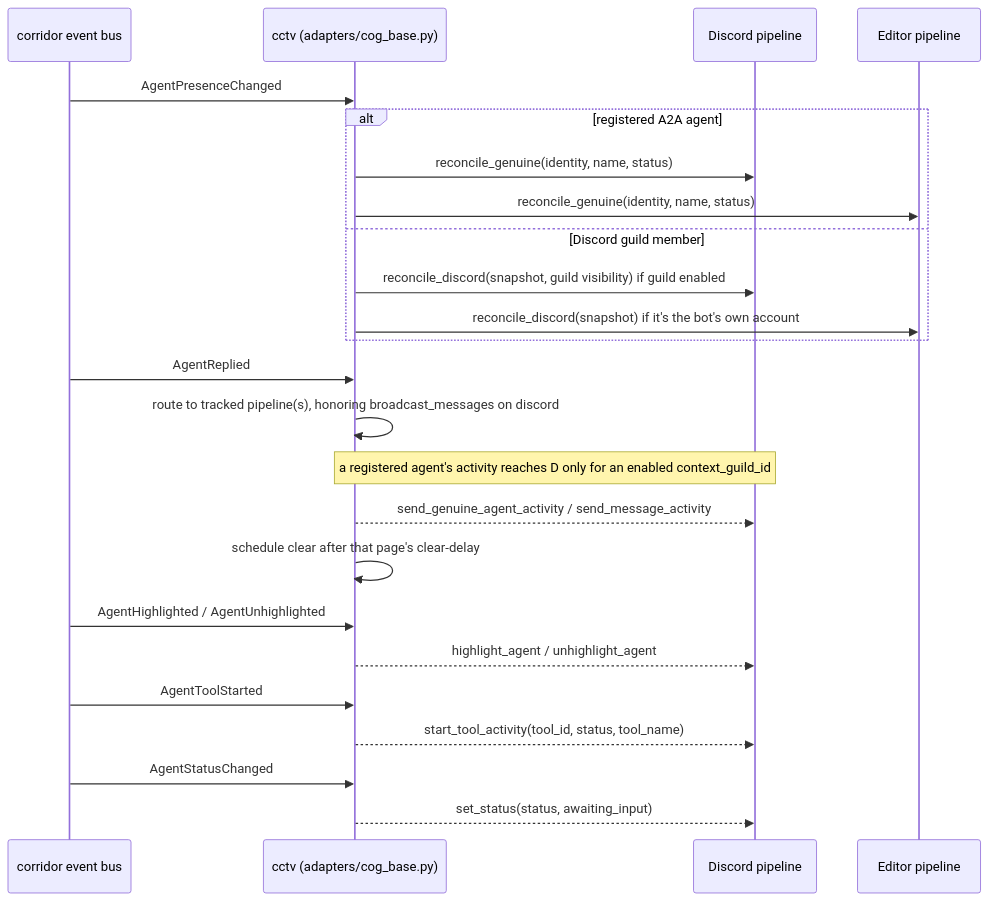
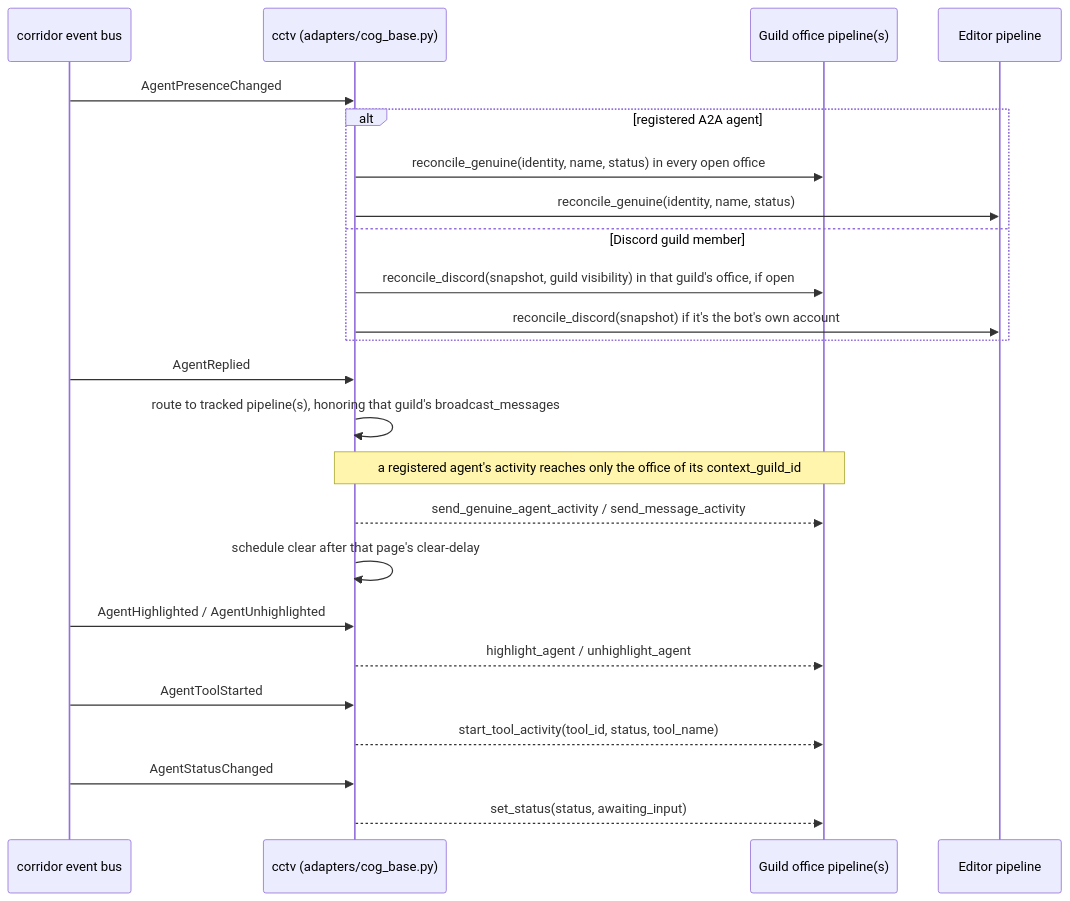
One commit to pixel-agents-hq/pixel-agents-cogs changed the fourth of 6 diagrams in docs/cctv-design.md. Above: the diagram before and after it, drawn with Mermaid. The commit also changed other lines of this file and 74 other files, not shown here.

First line of the commit message:
feat(cctv,corridor,pixelagents,floorplan): one Pixel Agents office per Discord server (#107)

````diff
--- a/docs/cctv-design.md
+++ b/docs/cctv-design.md
@@ -372,31 +404,31 @@
 ```mermaid
 sequenceDiagram
     participant Co as corridor event bus
     participant C as cctv (adapters/cog_base.py)
-    participant D as Discord pipeline
+    participant D as Guild office pipeline(s)
     participant E as Editor pipeline
 
     Co->>C: AgentPresenceChanged
     alt registered A2A agent
-        C->>D: reconcile_genuine(identity, name, status)
+        C->>D: reconcile_genuine(identity, name, status) in every open office
         C->>E: reconcile_genuine(identity, name, status)
     else Discord guild member
-        C->>D: reconcile_discord(snapshot, guild visibility) if guild enabled
+        C->>D: reconcile_discord(snapshot, guild visibility) in that guild's office, if open
         C->>E: reconcile_discord(snapshot) if it's the bot's own account
     end
 
     Co->>C: AgentReplied
-    C->>C: route to tracked pipeline(s), honoring broadcast_messages on discord
-    Note over C,D: a registered agent's activity reaches D only for an enabled context_guild_id
+    C->>C: route to tracked pipeline(s), honoring that guild's broadcast_messages
+    Note over C,D: a registered agent's activity reaches only the office of its context_guild_id
     C-->>D: send_genuine_agent_activity / send_message_activity
     C->>C: schedule clear after that page's clear-delay
 
     Co->>C: AgentHighlighted / AgentUnhighlighted
     C-->>D: highlight_agent / unhighlight_agent
 
     Co->>C: AgentToolStarted
     C-->>D: start_tool_activity(tool_id, status, tool_name)
 
     Co->>C: AgentStatusChanged
     C-->>D: set_status(status, awaiting_input)
 ```
````
